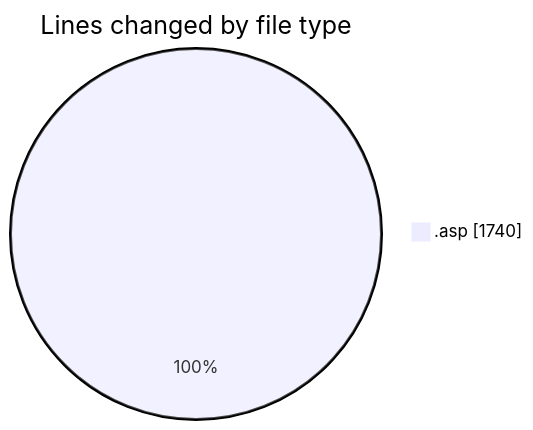
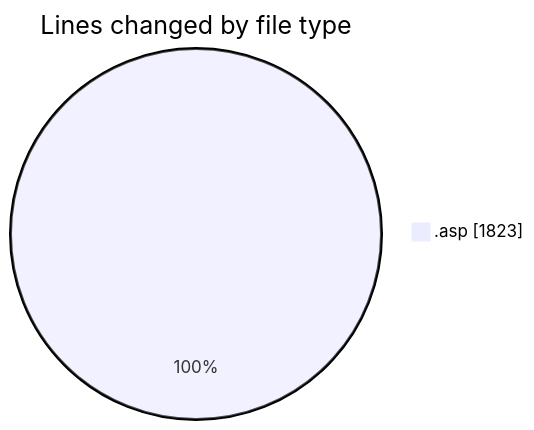
Before and after one commit to julien-gomy/code-tracking: the first of 2 diagrams in 2025-10-11/cdp_aleoudev_fr__workspace_/README.md, drawn with Mermaid. The commit also changed other lines of this file and 1 other file, not shown here.

````diff
--- a/2025-10-11/cdp_aleoudev_fr__workspace_/README.md
+++ b/2025-10-11/cdp_aleoudev_fr__workspace_/README.md
@@ -24,5 +24,5 @@
 ```mermaid
 pie showData
 title Lines changed by file type
-".asp" : 1740
+".asp" : 1823
 ```
````
